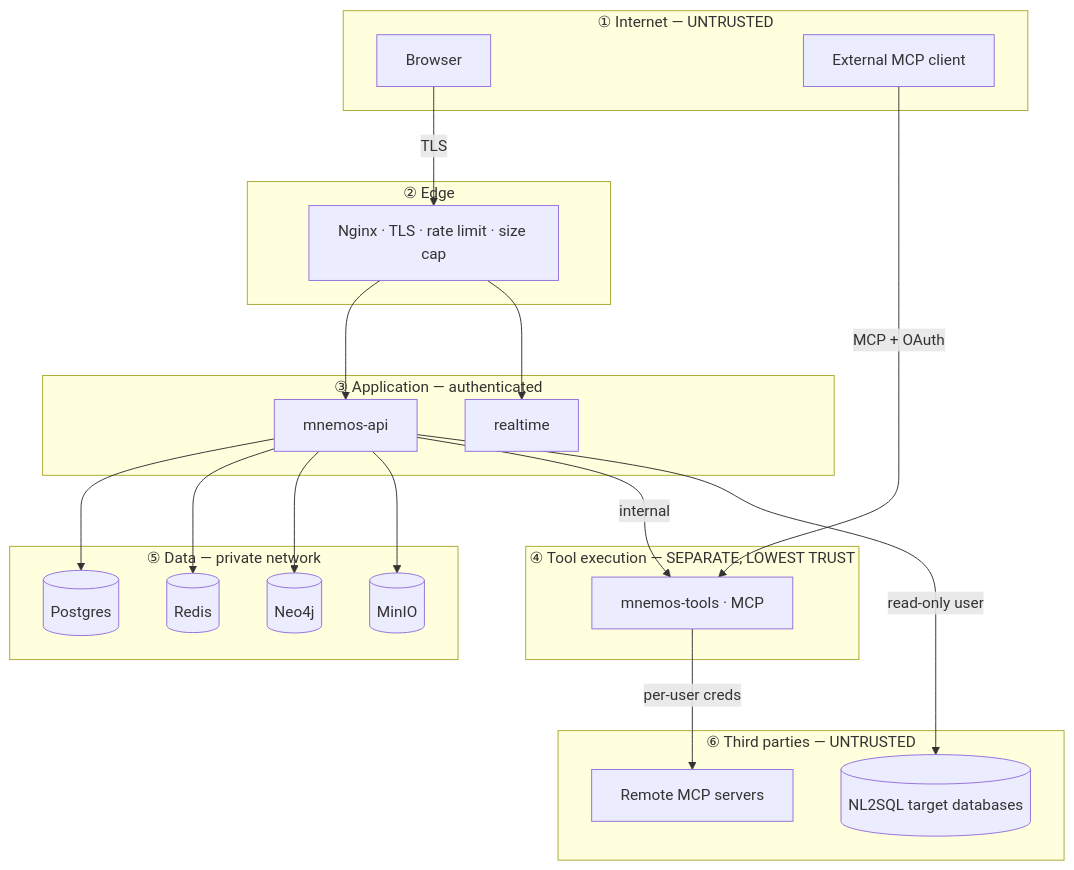
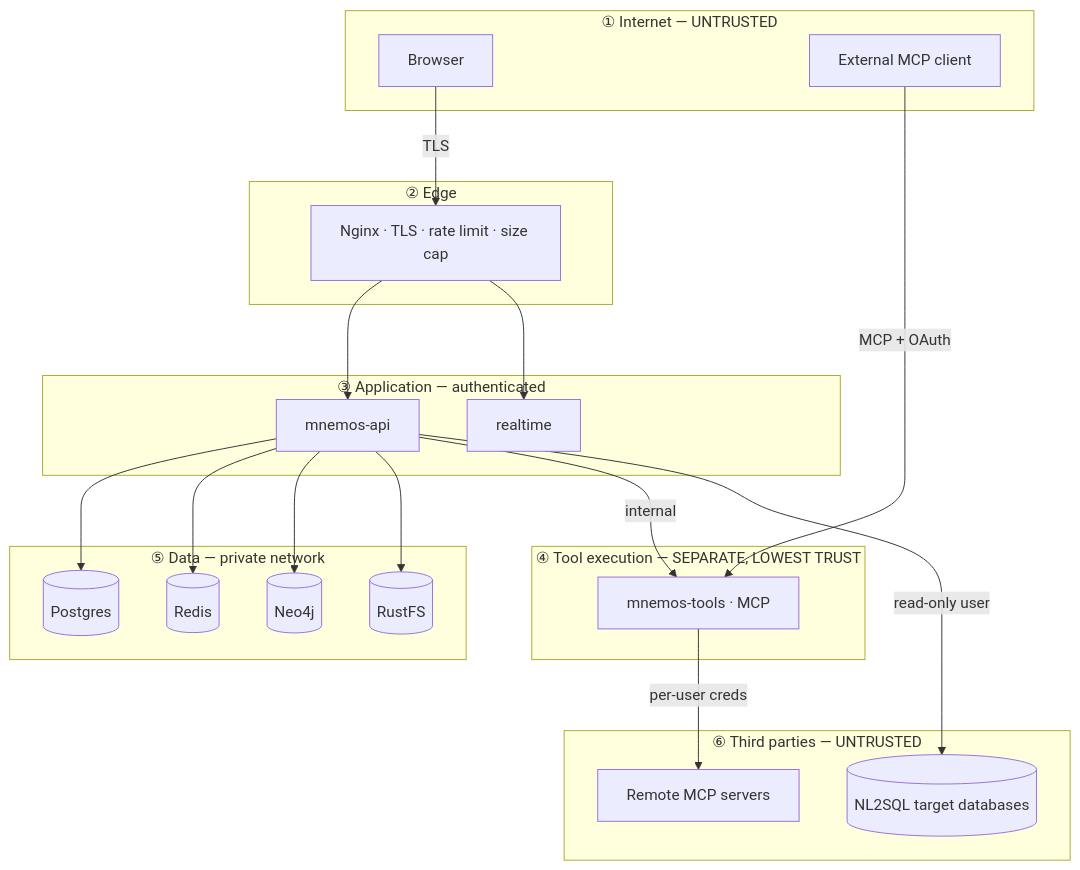
One commit to Harsha2803/mnemos changed the diagram in docs/ThreatModel.md. Above: the diagram before and after it, drawn with Mermaid. The commit also changed 13 other files, not shown here.

````diff
--- a/docs/ThreatModel.md
+++ b/docs/ThreatModel.md
@@ -29,34 +29,34 @@
 ```mermaid
 graph TB
     subgraph tb1["① Internet — UNTRUSTED"]
         BR[Browser] 
         EXT[External MCP client]
     end
     subgraph tb2["② Edge"]
         NGX[Nginx · TLS · rate limit · size cap]
     end
     subgraph tb3["③ Application — authenticated"]
         API[mnemos-api]
         WS[realtime]
     end
     subgraph tb4["④ Tool execution — SEPARATE, LOWEST TRUST"]
         TOOLS[mnemos-tools · MCP]
     end
     subgraph tb5["⑤ Data — private network"]
         PG[(Postgres)]
         RD[(Redis)]
         NEO[(Neo4j)]
-        OBJ[(MinIO)]
+        OBJ[(RustFS)]
     end
     subgraph tb6["⑥ Third parties — UNTRUSTED"]
         RMCP[Remote MCP servers]
         WH[(NL2SQL target databases)]
     end
 
     BR -->|TLS| NGX --> API & WS
     EXT -->|MCP + OAuth| TOOLS
     API --> PG & RD & NEO & OBJ
     API -->|internal| TOOLS
     TOOLS -->|per-user creds| RMCP
     API -->|read-only user| WH
 ```
````
